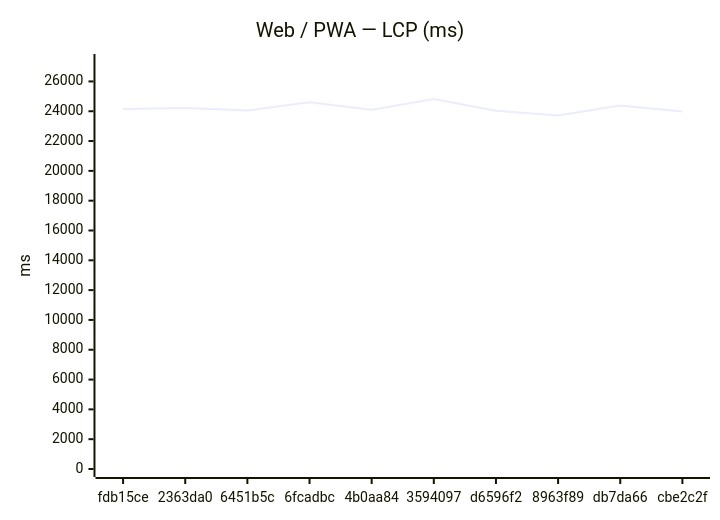
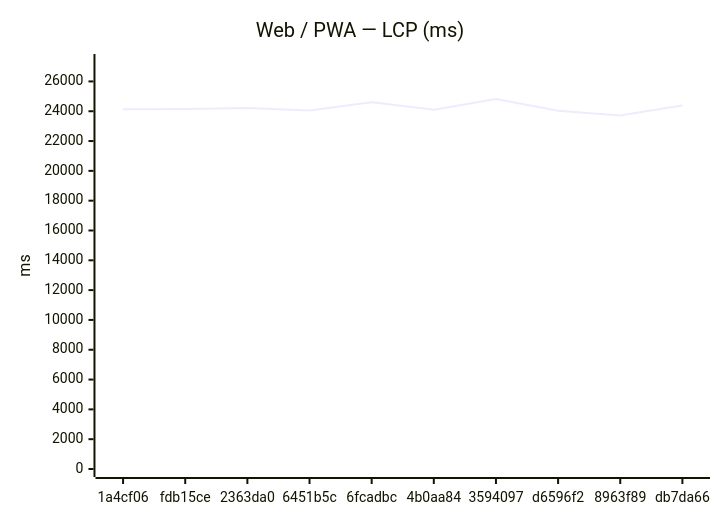
Before and after one commit to Metaheurist/Rianell: the first of 12 diagrams in benchmarks/compare.md, drawn with Mermaid. The commit also changed other lines of this file and 8 other files, not shown here.

````diff
--- a/benchmarks/compare.md
+++ b/benchmarks/compare.md
@@ -24,7 +24,7 @@
 ```mermaid
 xychart-beta
     title "Web / PWA — LCP (ms)"
-    x-axis ["fdb15ce", "2363da0", "6451b5c", "6fcadbc", "4b0aa84", "3594097", "d6596f2", "8963f89", "db7da66", "cbe2c2f"]
+    x-axis ["1a4cf06", "fdb15ce", "2363da0", "6451b5c", "6fcadbc", "4b0aa84", "3594097", "d6596f2", "8963f89", "db7da66"]
     y-axis "ms" 0 --> 27303
-    line [24144, 24218, 24056, 24599, 24101, 24820, 24030, 23715, 24380, 23980]
+    line [24125, 24144, 24218, 24056, 24599, 24101, 24820, 24030, 23715, 24380]
 ```
````
